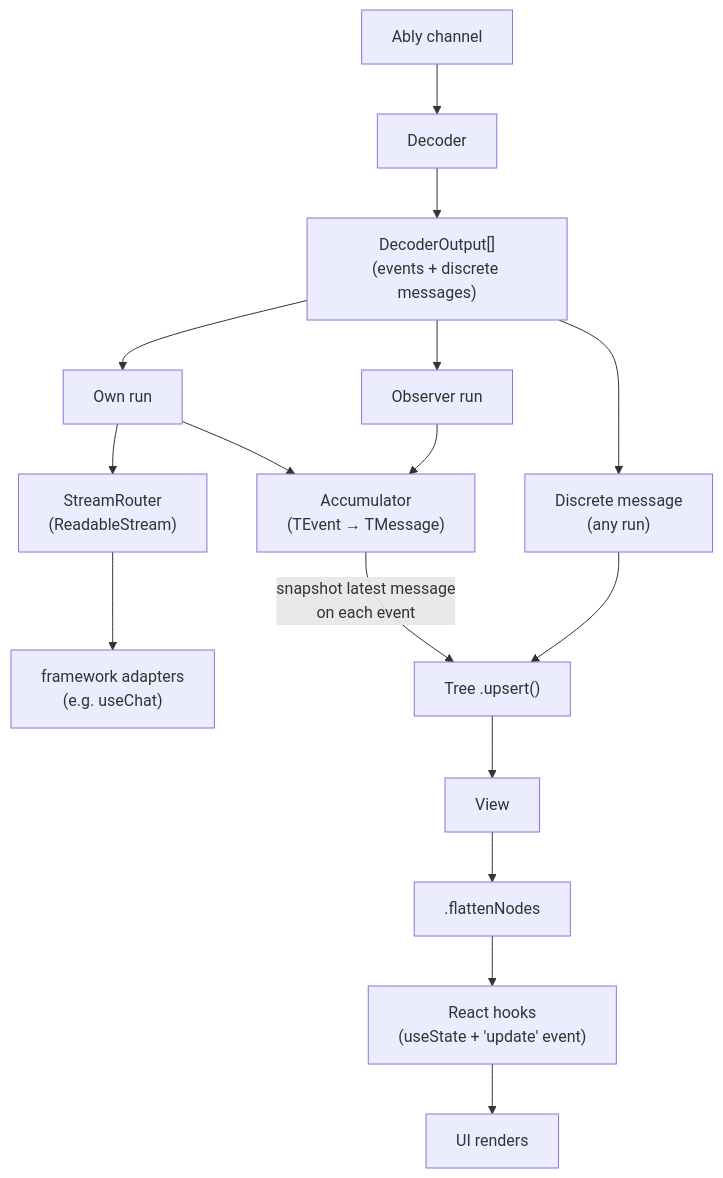
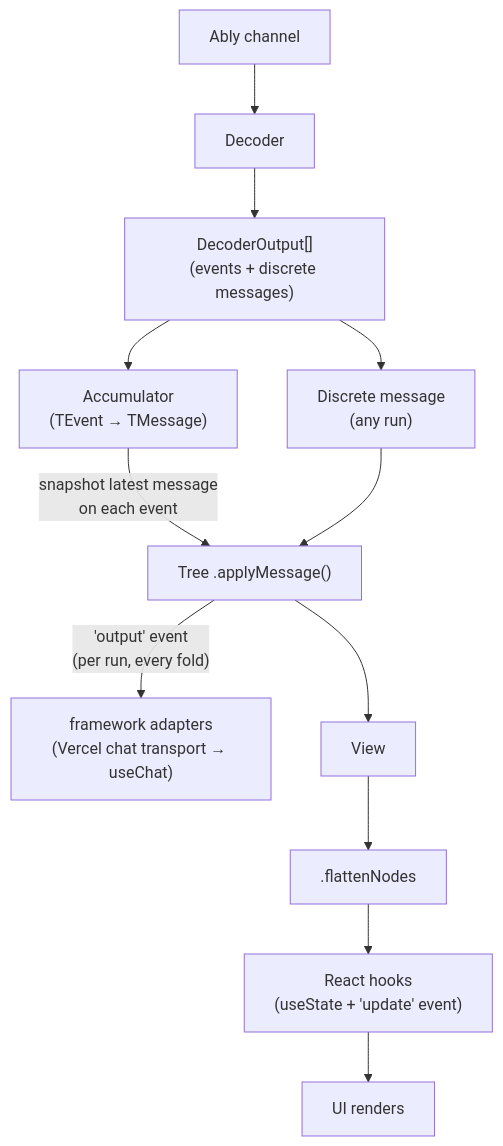
One commit to ably/ably-ai-transport-js changed the diagram in docs/internals/message-lifecycle.md. Above: the diagram before and after it, drawn with Mermaid. The commit also changed other lines of this file and 13 other files, not shown here.

````diff
--- a/docs/internals/message-lifecycle.md
+++ b/docs/internals/message-lifecycle.md
@@ -23,22 +23,17 @@
 ```mermaid
 flowchart TD
     Channel[Ably channel] --> Decoder
     Decoder --> Outputs["DecoderOutput[]<br/>(events + discrete messages)"]
 
-    Outputs --> Own[Own run]
-    Outputs --> Observer[Observer run]
+    Outputs --> Accumulator["Accumulator<br/>(TEvent → TMessage)"]
     Outputs --> Discrete["Discrete message<br/>(any run)"]
 
-    Own --> StreamRouter["StreamRouter<br/>(ReadableStream)"]
-    Own --> Accumulator["Accumulator<br/>(TEvent → TMessage)"]
-    Observer --> Accumulator
-
-    Accumulator -- "snapshot latest message<br/>on each event" --> Tree["Tree .upsert()"]
+    Accumulator -- "snapshot latest message<br/>on each event" --> Tree["Tree .applyMessage()"]
     Discrete --> Tree
 
+    Tree -- "'output' event<br/>(per run, every fold)" --> Adapters["framework adapters<br/>(Vercel chat transport → useChat)"]
     Tree --> View[View]
     View --> Flatten[.flattenNodes]
     Flatten --> Hooks["React hooks<br/>(useState + 'update' event)"]
     Hooks --> UI[UI renders]
-    StreamRouter --> Adapters["framework adapters<br/>(e.g. useChat)"]
 ```
````
